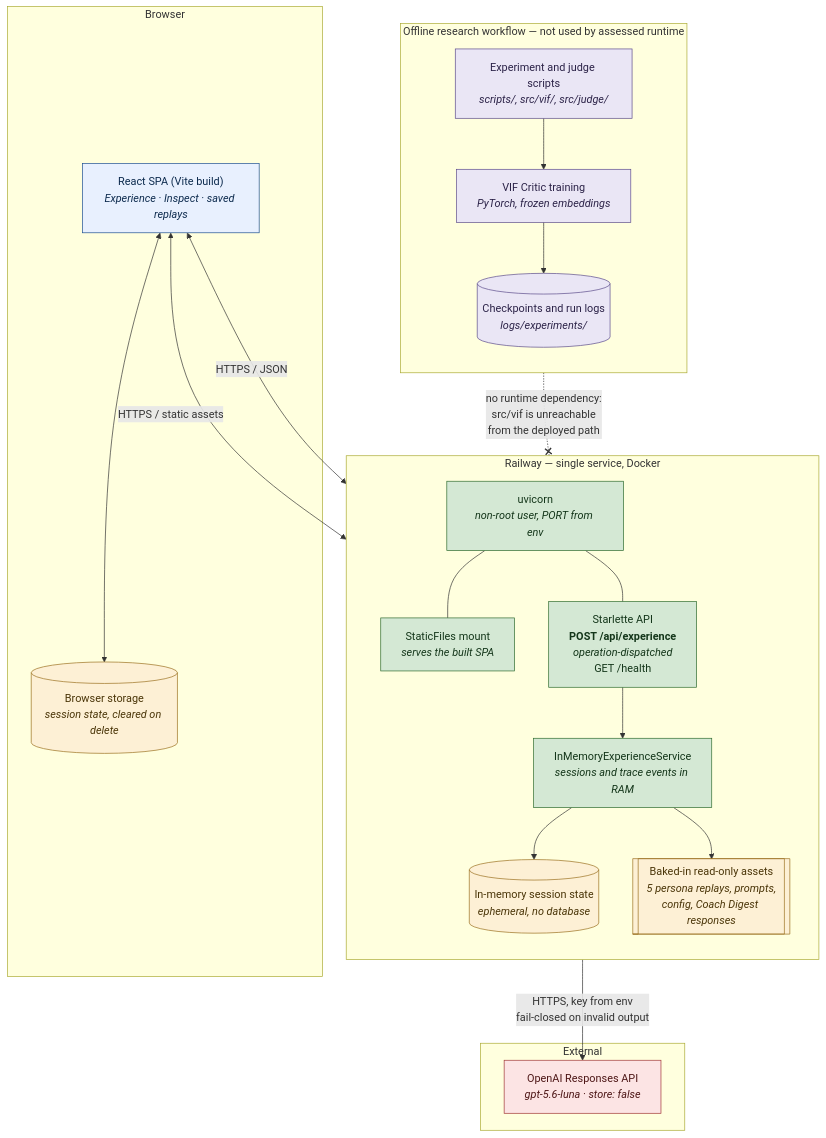
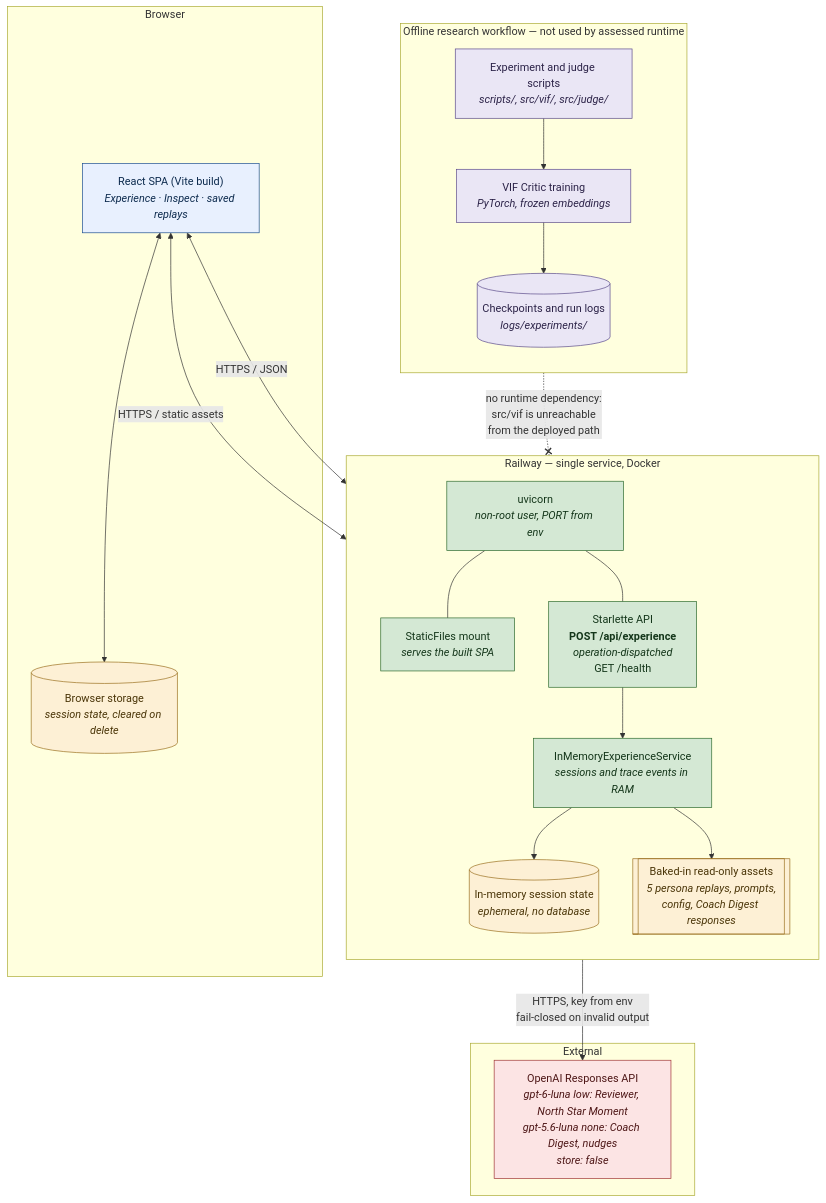
The second of 2 diagrams in docs/capstone_presentation/architecture_diagrams.md (DesmondChoy/twinkl), drawn with Mermaid before and after one commit. The commit also changed other lines of this file and 14 other files, not shown here.

````diff
--- a/docs/capstone_presentation/architecture_diagrams.md
+++ b/docs/capstone_presentation/architecture_diagrams.md
@@ -103,55 +109,55 @@
 ```mermaid
 flowchart TB
     subgraph CLIENT[" Browser "]
         REACT["React SPA (Vite build)<br/><i>Experience · Inspect · saved replays</i>"]
         LOCAL[("Browser storage<br/><i>session state, cleared on delete</i>")]
     end
 
     subgraph RAILWAY[" Railway — single service, Docker "]
         direction TB
         UVICORN["uvicorn<br/><i>non-root user, PORT from env</i>"]
         STATIC["StaticFiles mount<br/><i>serves the built SPA</i>"]
         API["Starlette API<br/><b>POST /api/experience</b><br/><i>operation-dispatched</i><br/>GET /health"]
         SVC["InMemoryExperienceService<br/><i>sessions and trace events in RAM</i>"]
         MEM[("In-memory session state<br/><i>ephemeral, no database</i>")]
         BUNDLE[["Baked-in read-only assets<br/><i>5 persona replays, prompts,<br/>config, Coach Digest responses</i>"]]
     end
 
     subgraph PROVIDER[" External "]
-        LLM["OpenAI Responses API<br/><i>gpt-5.6-luna · store: false</i>"]
+        LLM["OpenAI Responses API<br/><i>gpt-6-luna low: Reviewer, North Star Moment</i><br/><i>gpt-5.6-luna none: Coach Digest, nudges</i><br/><i>store: false</i>"]
     end
 
     subgraph OFFLINE[" Offline research workflow — not used by assessed runtime "]
         direction TB
         TRAIN["VIF Critic training<br/><i>PyTorch, frozen embeddings</i>"]
         CKPT[("Checkpoints and run logs<br/><i>logs/experiments/</i>")]
         SCRIPTS["Experiment and judge scripts<br/><i>scripts/, src/vif/, src/judge/</i>"]
     end
 
     REACT <-->|"HTTPS / static assets"| STATIC
     REACT <-->|"HTTPS / JSON"| API
     REACT <--> LOCAL
     UVICORN --- STATIC
     UVICORN --- API
     API --> SVC
     SVC --> MEM
     SVC --> BUNDLE
     SVC -->|"HTTPS, key from env<br/>fail-closed on invalid output"| LLM
 
     SCRIPTS --> TRAIN
     TRAIN --> CKPT
 
     OFFLINE -. "no runtime dependency:<br/>src/vif is unreachable<br/>from the deployed path" .-x RAILWAY
 
     classDef browser fill:#e8f0fe,stroke:#1a4d8f,stroke-width:1px,color:#0d2b4e
     classDef server fill:#d4e8d4,stroke:#2d6a2d,stroke-width:1px,color:#14361a
     classDef store fill:#fdf0d5,stroke:#9a6f1e,stroke-width:1px,color:#4a3508
     classDef external fill:#fce4e4,stroke:#a03434,stroke-width:1px,color:#4d1616
     classDef offline fill:#eae6f5,stroke:#5b4a8a,stroke-width:1px,color:#2c2348
 
     class REACT browser
     class LOCAL,MEM,BUNDLE store
     class UVICORN,STATIC,API,SVC server
     class LLM external
     class TRAIN,CKPT,SCRIPTS offline
 ```
````
